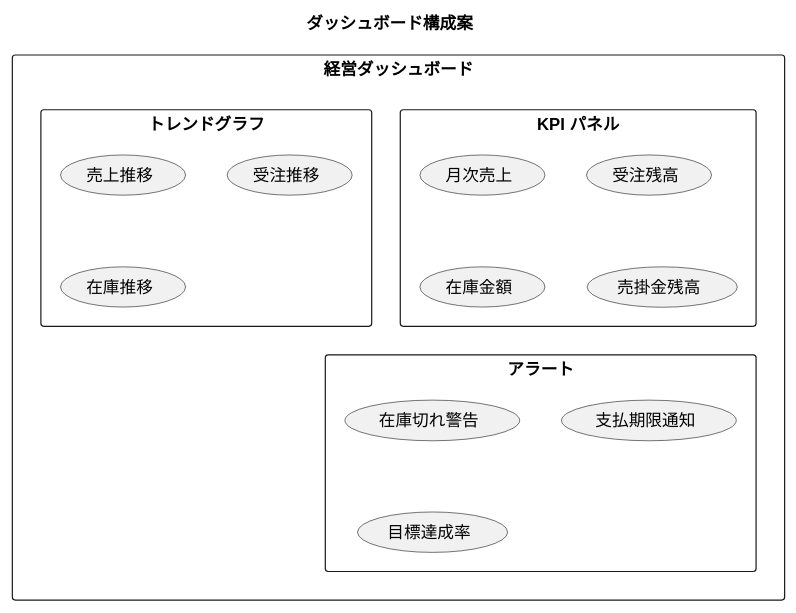
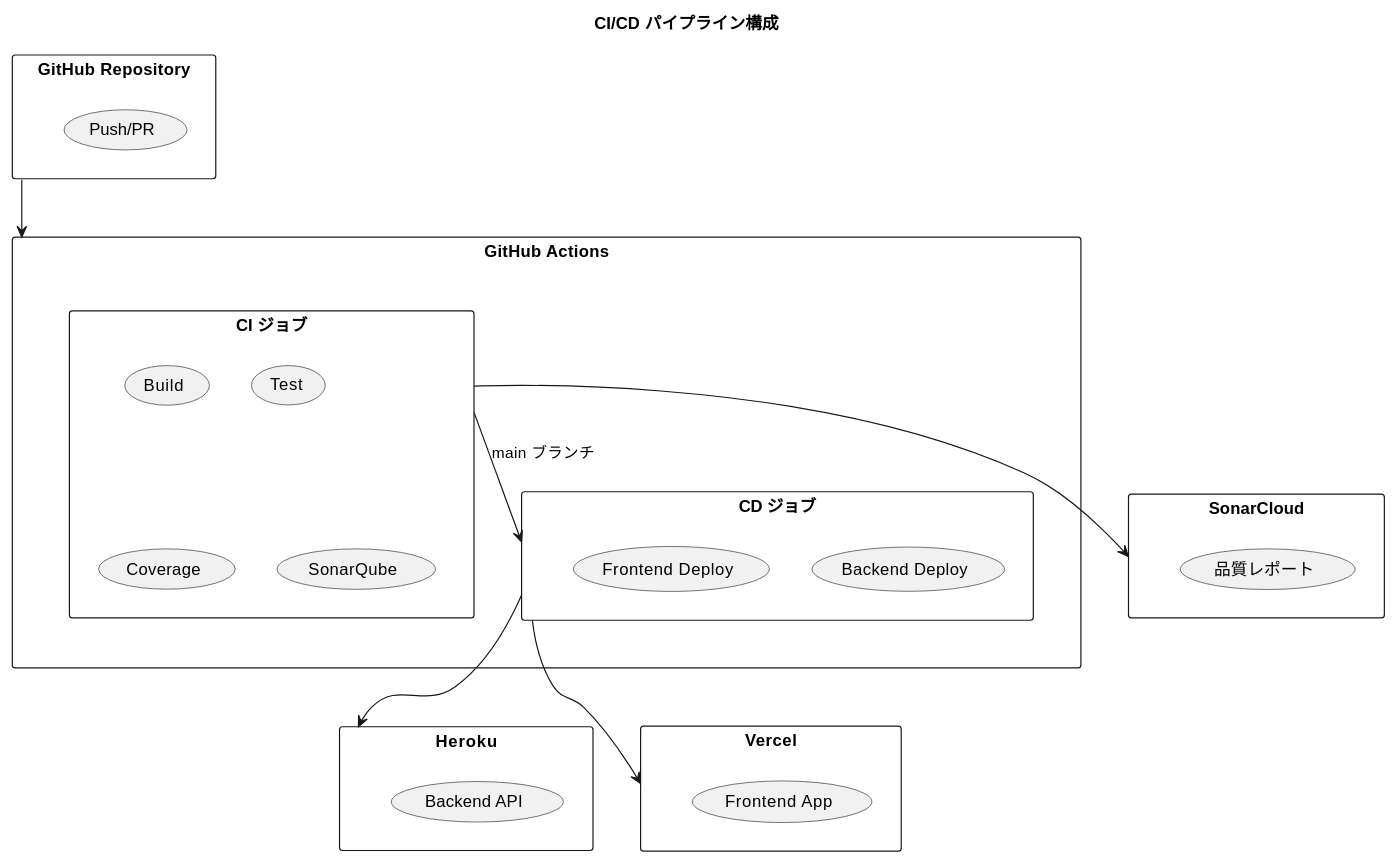
Before and after one commit to k2works/case-study-sales: the third of 7 diagrams in docs/article/chapter23.md, drawn with PlantUML. The commit also changed other lines of this file and 7 other files, not shown here.

````diff
--- a/docs/article/chapter23.md
+++ b/docs/article/chapter23.md
@@ -48,27 +98,42 @@
 ```plantuml
 @startuml
-title ダッシュボード構成案
+title CI/CD パイプライン構成
 
-rectangle "経営ダッシュボード" {
-  rectangle "KPI パネル" {
-    (月次売上)
-    (受注残高)
-    (在庫金額)
-    (売掛金残高)
+rectangle "GitHub Repository" as repo {
+  (Push/PR)
+}
+
+rectangle "GitHub Actions" as actions {
+  rectangle "CI ジョブ" as ci {
+    (Build)
+    (Test)
+    (Coverage)
+    (SonarQube)
   }
 
-  rectangle "トレンドグラフ" {
-    (売上推移)
-    (受注推移)
-    (在庫推移)
-  }
-
-  rectangle "アラート" {
-    (在庫切れ警告)
-    (支払期限通知)
-    (目標達成率)
+  rectangle "CD ジョブ" as cd {
+    (Backend Deploy)
+    (Frontend Deploy)
   }
 }
 
+rectangle "Heroku" as heroku {
+  (Backend API)
+}
+
+rectangle "Vercel" as vercel {
+  (Frontend App)
+}
+
+rectangle "SonarCloud" as sonar {
+  (品質レポート)
+}
+
+repo --> actions
+ci --> cd : "main ブランチ"
+cd --> heroku
+cd --> vercel
+ci --> sonar
+
 @enduml
 ```
````
